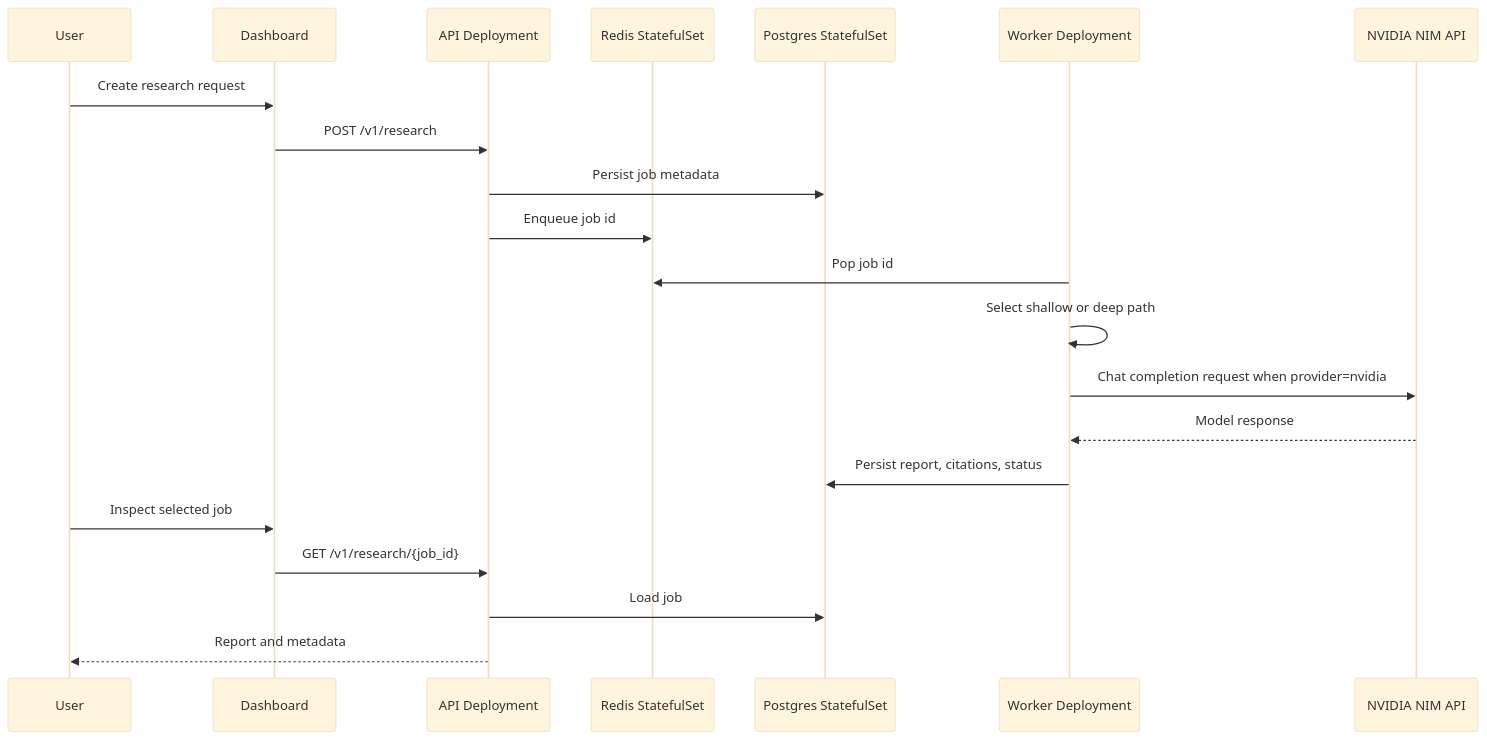
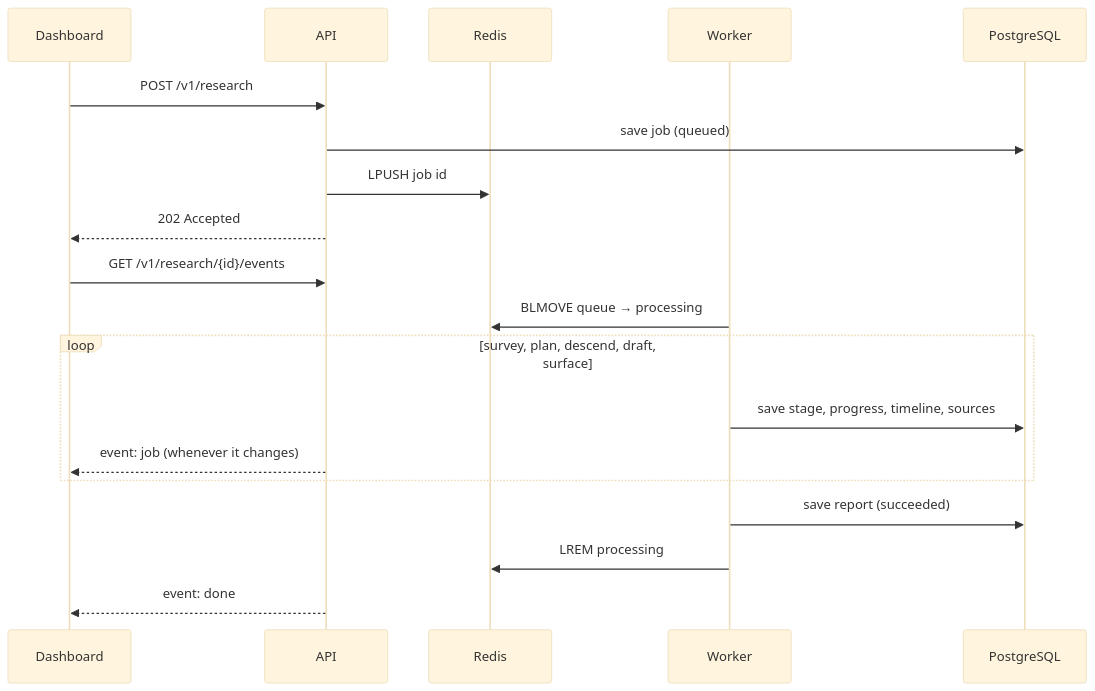
One commit to agrovr/kube-research-aiq changed the second of 2 diagrams in docs/architecture.md. Above: the diagram before and after it, drawn with Mermaid (base theme). The commit also changed other lines of this file and 109 other files, not shown here.

First line of the commit message:
Deep-water upgrade: real research pipeline, live dive console, new identity (#1)

````diff
--- a/docs/architecture.md
+++ b/docs/architecture.md
@@ -28,24 +44,22 @@
 ```mermaid
 sequenceDiagram
-  participant U as User
   participant D as Dashboard
-  participant A as API Deployment
-  participant R as Redis StatefulSet
-  participant P as Postgres StatefulSet
-  participant W as Worker Deployment
-  participant N as NVIDIA NIM API
+  participant A as API
+  participant R as Redis
+  participant W as Worker
+  participant P as PostgreSQL
 
-  U->>D: Create research request
   D->>A: POST /v1/research
-  A->>P: Persist job metadata
-  A->>R: Enqueue job id
-  W->>R: Pop job id
-  W->>W: Select shallow or deep path
-  W->>N: Chat completion request when provider=nvidia
-  N-->>W: Model response
-  W->>P: Persist report, citations, status
-  U->>D: Inspect selected job
-  D->>A: GET /v1/research/{job_id}
-  A->>P: Load job
-  A-->>U: Report and metadata
+  A->>P: save job (queued)
+  A->>R: LPUSH job id
+  A-->>D: 202 Accepted
+  D->>A: GET /v1/research/{id}/events
+  W->>R: BLMOVE queue → processing
+  loop survey, plan, descend, draft, surface
+    W->>P: save stage, progress, timeline, sources
+    A-->>D: event: job (whenever it changes)
+  end
+  W->>P: save report (succeeded)
+  W->>R: LREM processing
+  A-->>D: event: done
 ```
````
